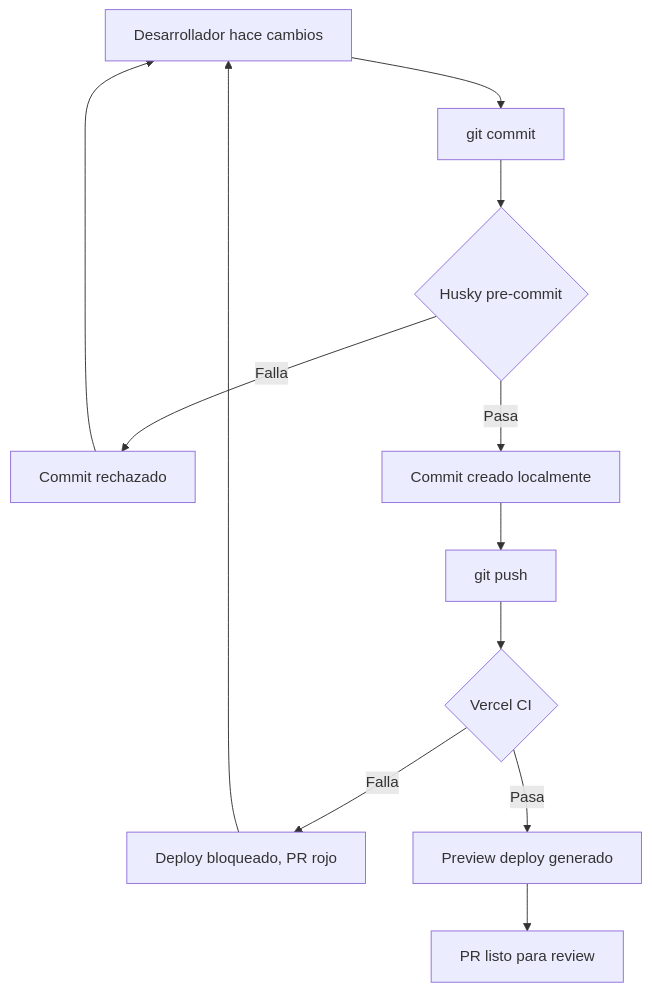
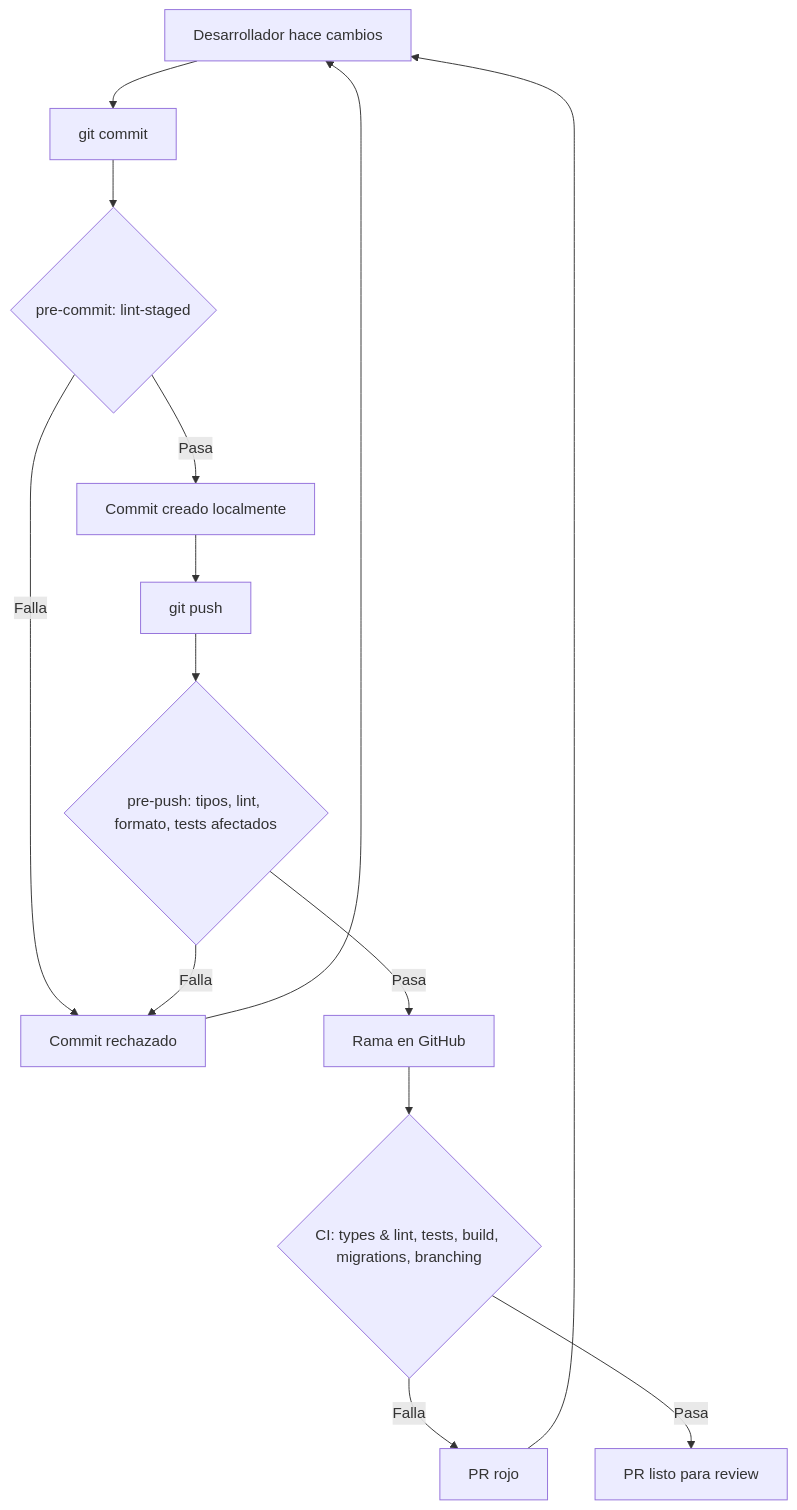
The diagram in docs/gobernanza/git/pre-commit-hooks.md (InsureHero/insurhero-handbook), drawn with Mermaid before and after one commit. The commit also changed other lines of this file and 12 other files, not shown here.

````diff
--- a/docs/gobernanza/git/pre-commit-hooks.md
+++ b/docs/gobernanza/git/pre-commit-hooks.md
@@ -129,14 +160,16 @@
 ```mermaid
 flowchart TD
     A[Desarrollador hace cambios] --> B[git commit]
-    B --> C{Husky pre-commit}
+    B --> C{pre-commit: lint-staged}
     C -->|Falla| D[Commit rechazado]
     D --> A
     C -->|Pasa| E[Commit creado localmente]
     E --> F[git push]
-    F --> G{Vercel CI}
-    G -->|Falla| H[Deploy bloqueado, PR rojo]
-    H --> A
-    G -->|Pasa| I[Preview deploy generado]
-    I --> J[PR listo para review]
+    F --> G{pre-push: tipos, lint, formato, tests afectados}
+    G -->|Falla| D
+    G -->|Pasa| H[Rama en GitHub]
+    H --> I{CI: types & lint, tests, build, migrations, branching}
+    I -->|Falla| J[PR rojo]
+    J --> A
+    I -->|Pasa| K[PR listo para review]
 ```
````
